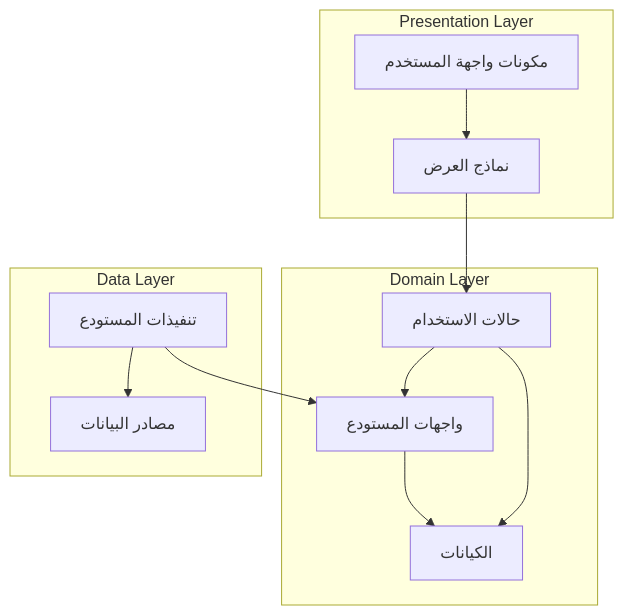
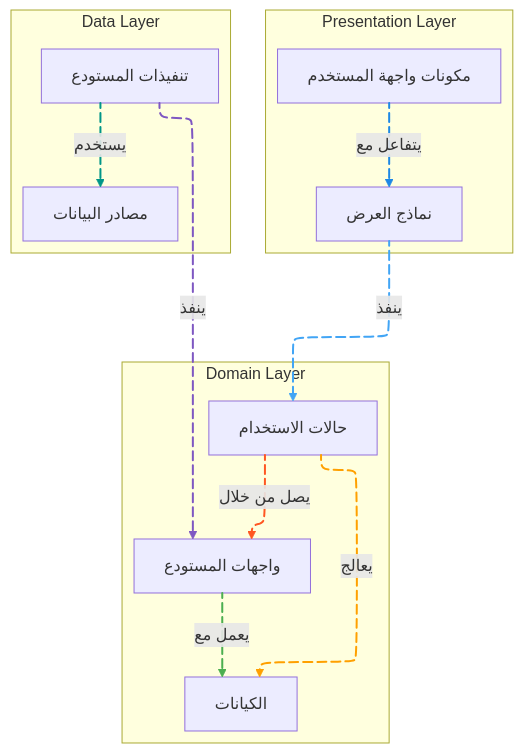
The diagram in lib/domain/README-ar.md (GeniusSystems24/genius_store), drawn with Mermaid before and after one commit. The commit also changed 60 other files, not shown here.

Commit message:
- add animations to diagrams.

````diff
--- a/lib/domain/README-ar.md
+++ b/lib/domain/README-ar.md
@@ -31,26 +31,48 @@
 ```mermaid
+---
+config:
+  look: classic
+  layout: elk
+---
 flowchart TD
     subgraph Presentation Layer
         UI[مكونات واجهة المستخدم]
         ViewModel[نماذج العرض]
     end
     
     subgraph Domain Layer
         Entities[الكيانات]
         Repositories[واجهات المستودع]
         UseCases[حالات الاستخدام]
     end
     
     subgraph Data Layer
         RepoImpls[تنفيذات المستودع]
         DataSources[مصادر البيانات]
     end
     
-    UI --> ViewModel
-    ViewModel --> UseCases
-    UseCases --> Entities
-    UseCases --> Repositories
-    Repositories --> Entities
-    RepoImpls --> Repositories
-    RepoImpls --> DataSources
+    UI L_UI_ViewModel_0@--> |يتفاعل مع| ViewModel
+    ViewModel L_ViewModel_UseCases_0@--> |ينفذ| UseCases
+    UseCases L_UseCases_Entities_0@--> |يعالج| Entities
+    UseCases L_UseCases_Repositories_0@--> |يصل من خلال| Repositories
+    Repositories L_Repositories_Entities_0@--> |يعمل مع| Entities
+    RepoImpls L_RepoImpls_Repositories_0@--> |ينفذ| Repositories
+    RepoImpls L_RepoImpls_DataSources_0@--> |يستخدم| DataSources
+    
+    linkStyle 0 stroke:#1E88E5,fill:none,stroke-width:2px
+    linkStyle 1 stroke:#42A5F5,fill:none,stroke-width:2px
+    linkStyle 2 stroke:#FFA000,fill:none,stroke-width:2px
+    linkStyle 3 stroke:#FF5722,fill:none,stroke-width:2px
+    linkStyle 4 stroke:#4CAF50,fill:none,stroke-width:2px
+    linkStyle 5 stroke:#7E57C2,fill:none,stroke-width:2px
+    linkStyle 6 stroke:#009688,fill:none,stroke-width:2px
+    
+    L_UI_ViewModel_0@{ animation: fast }
+    L_ViewModel_UseCases_0@{ animation: fast } 
+    L_UseCases_Entities_0@{ animation: fast } 
+    L_UseCases_Repositories_0@{ animation: fast }
+    L_Repositories_Entities_0@{ animation: fast }
+    L_RepoImpls_Repositories_0@{ animation: fast }
+    L_RepoImpls_DataSources_0@{ animation: fast }
+    
 ```
````
